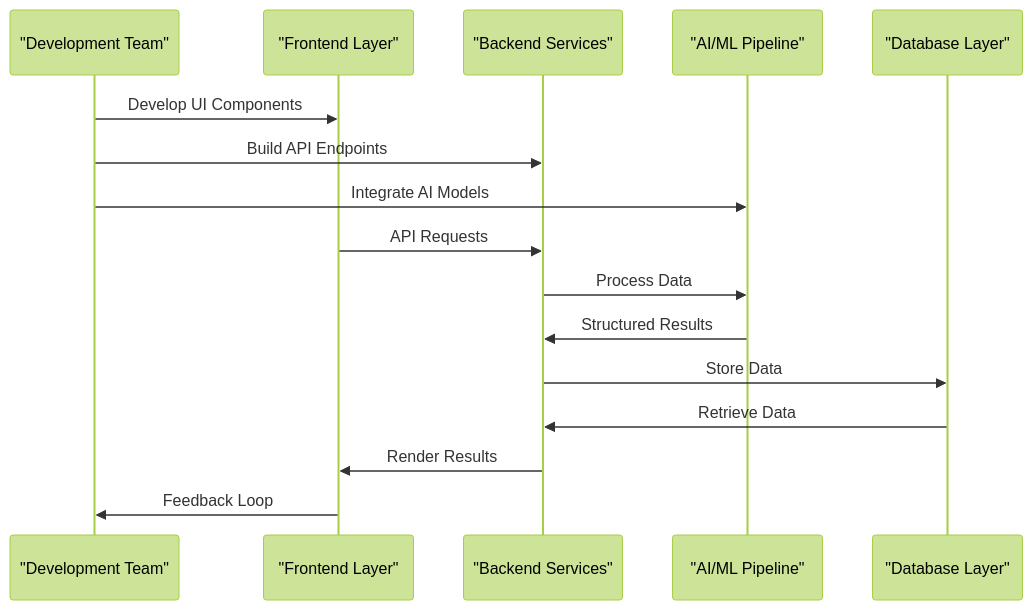
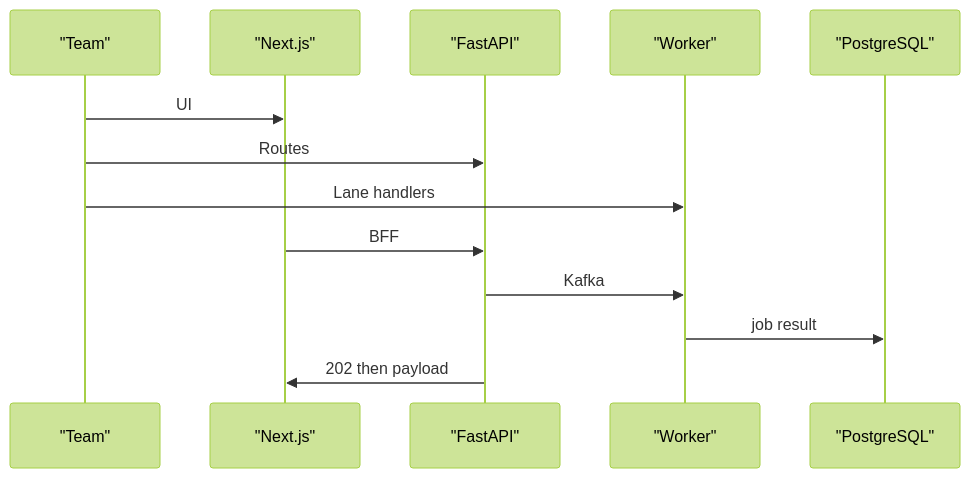
One commit to tashifkhan/tashif.codes changed the second of 3 diagrams in src/data/docs/talentsync/Project Overview/Team and Acknowledgments.md. Above: the diagram before and after it, drawn with Mermaid (forest theme). The commit also changed other lines of this file and 2128 other files, not shown here.

First line of the commit message:
docs: replace raster diagram images with native Mermaid across project guides

````diff
--- a/src/data/docs/talentsync/Project Overview/Team and Acknowledgments.md
+++ b/src/data/docs/talentsync/Project Overview/Team and Acknowledgments.md
@@ -64,18 +43,15 @@
 ```mermaid
 sequenceDiagram
-participant Team as "Development Team"
-participant Frontend as "Frontend Layer"
-participant Backend as "Backend Services"
-participant ML as "AI/ML Pipeline"
-participant DB as "Database Layer"
-Team->>Frontend : Develop UI Components
-Team->>Backend : Build API Endpoints
-Team->>ML : Integrate AI Models
-Frontend->>Backend : API Requests
-Backend->>ML : Process Data
-ML->>Backend : Structured Results
-Backend->>DB : Store Data
-DB->>Backend : Retrieve Data
-Backend->>Frontend : Render Results
-Frontend->>Team : Feedback Loop
+participant Team as "Team"
+participant Frontend as "Next.js"
+participant Backend as "FastAPI"
+participant Worker as "Worker"
+participant DB as "PostgreSQL"
+Team->>Frontend : UI
+Team->>Backend : Routes
+Team->>Worker : Lane handlers
+Frontend->>Backend : BFF
+Backend->>Worker : Kafka
+Worker->>DB : job result
+Backend->>Frontend : 202 then payload
 ```
````
